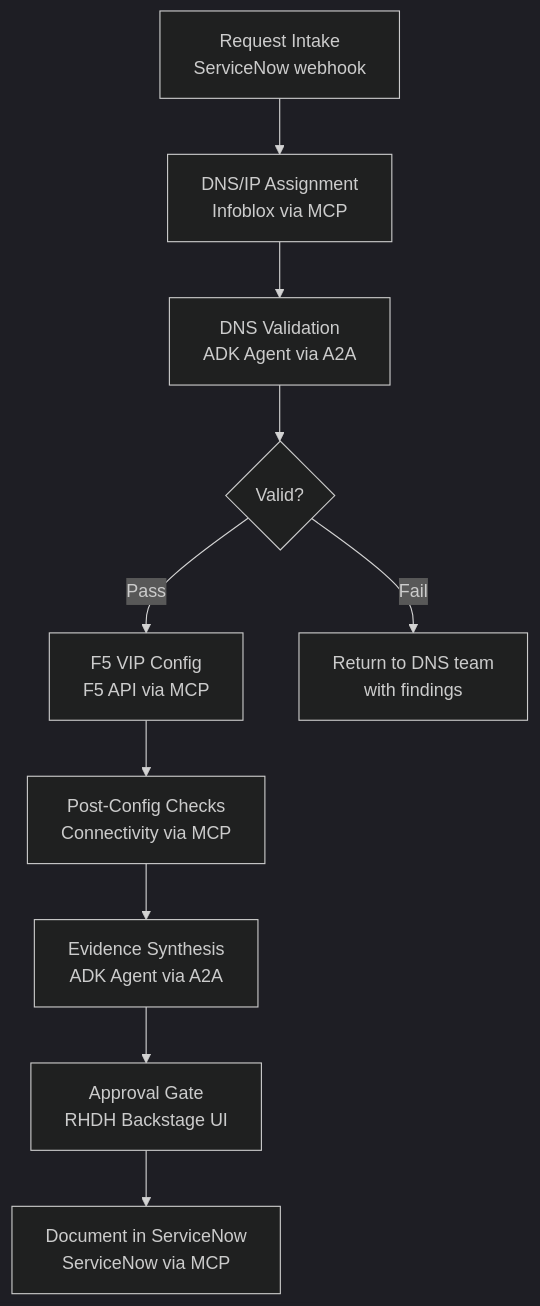
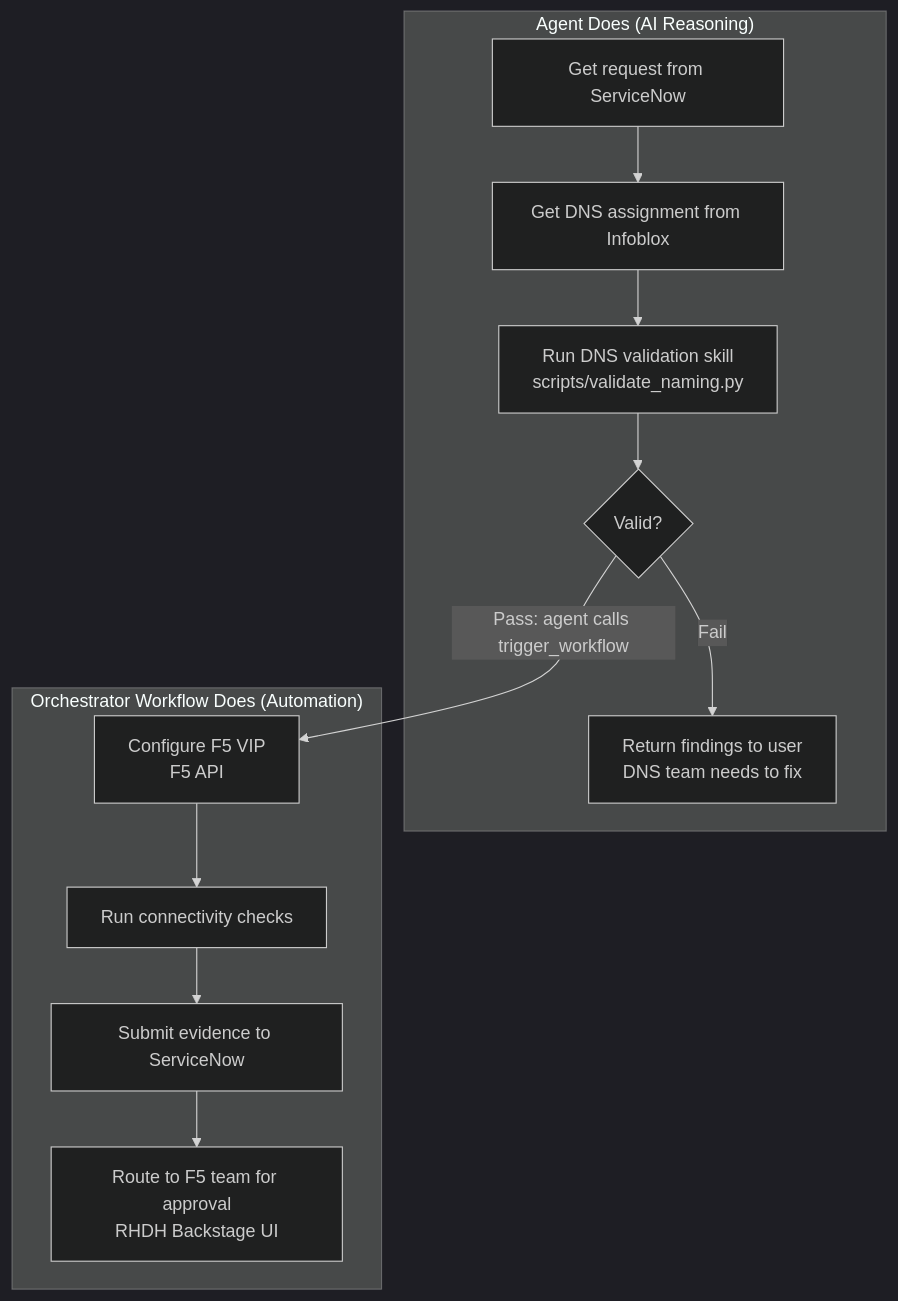
The second of 4 diagrams in docs/ARCHITECTURE.md (rrbanda/tr-agents), drawn with Mermaid (dark theme) before and after one commit. The commit also changed other lines of this file and 16 other files, not shown here.

First line of the commit message:
Correct agent-orchestrator integration and restructure workflows

````diff
--- a/docs/ARCHITECTURE.md
+++ b/docs/ARCHITECTURE.md
@@ -75,17 +81,22 @@
 ```mermaid
 flowchart TB
-    S1["Request Intake\nServiceNow webhook"]
-    S2["DNS/IP Assignment\nInfoblox via MCP"]
-    S3["DNS Validation\nADK Agent via A2A"]
-    S4{"Valid?"}
-    S5["F5 VIP Config\nF5 API via MCP"]
-    S6["Post-Config Checks\nConnectivity via MCP"]
-    S7["Evidence Synthesis\nADK Agent via A2A"]
-    S8["Approval Gate\nRHDH Backstage UI"]
-    S9["Document in ServiceNow\nServiceNow via MCP"]
-    S10["Return to DNS team\nwith findings"]
+    subgraph agentDoes ["Agent Does (AI Reasoning)"]
+        A1["Get request from ServiceNow"]
+        A2["Get DNS assignment from Infoblox"]
+        A3["Run DNS validation skill\nscripts/validate_naming.py"]
+        A4{"Valid?"}
+        A5["Return findings to user\nDNS team needs to fix"]
+    end
 
-    S1 --> S2 --> S3 --> S4
-    S4 -->|"Pass"| S5 --> S6 --> S7 --> S8 --> S9
-    S4 -->|"Fail"| S10
+    subgraph workflowDoes ["Orchestrator Workflow Does (Automation)"]
+        W1["Configure F5 VIP\nF5 API"]
+        W2["Run connectivity checks"]
+        W3["Submit evidence to ServiceNow"]
+        W4["Route to F5 team for approval\nRHDH Backstage UI"]
+    end
+
+    A1 --> A2 --> A3 --> A4
+    A4 -->|"Fail"| A5
+    A4 -->|"Pass: agent calls trigger_workflow"| W1
+    W1 --> W2 --> W3 --> W4
 ```
````
